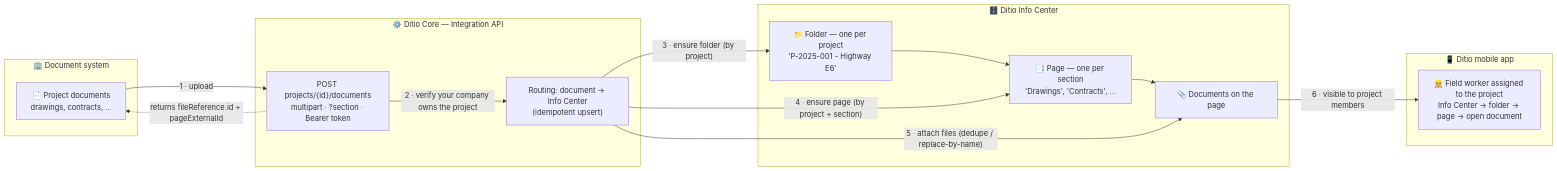
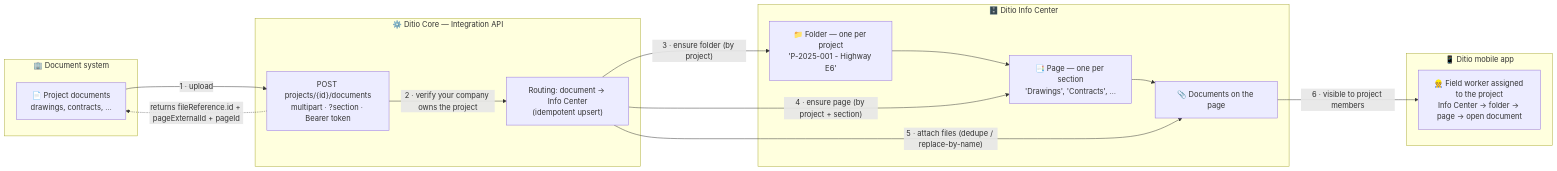
Before and after one commit to ditioas/Ditio.Core.Samples.Integrations: the second of 2 diagrams in documents/README.md, drawn with Mermaid. The commit also changed other lines of this file and 3 other files, not shown here.

````diff
--- a/documents/README.md
+++ b/documents/README.md
@@ -67,31 +68,31 @@
 ```mermaid
 flowchart LR
     subgraph Src["🏢 Document system"]
         D["📄 Project documents<br/>drawings, contracts, …"]
     end
 
     subgraph API["⚙️ Ditio Core — Integration API"]
         EP["POST projects/{id}/documents<br/>multipart · ?section · Bearer token"]
         SVC["Routing: document → Info Center<br/>(idempotent upsert)"]
     end
 
     subgraph Store["🗄️ Ditio Info Center"]
         FOLDER["📁 Folder — one per project<br/>'P-2025-001 - Highway E6'"]
         PAGE["📑 Page — one per section<br/>'Drawings', 'Contracts', …"]
         FILE["📎 Documents on the page"]
     end
 
     subgraph Mobile["📱 Ditio mobile app"]
         FW["👷 Field worker assigned to the project<br/>Info Center → folder → page → open document"]
     end
 
     D -->|"1 · upload"| EP
     EP -->|"2 · verify your company owns the project"| SVC
     SVC -->|"3 · ensure folder (by project)"| FOLDER
     FOLDER --> PAGE
     SVC -->|"4 · ensure page (by project + section)"| PAGE
     PAGE --> FILE
     SVC -->|"5 · attach files (dedupe / replace-by-name)"| FILE
     FILE -->|"6 · visible to project members"| FW
-    EP -.->|"returns fileReference.id + pageExternalId"| D
+    EP -.->|"returns fileReference.id + pageExternalId + pageId"| D
 ```
````
